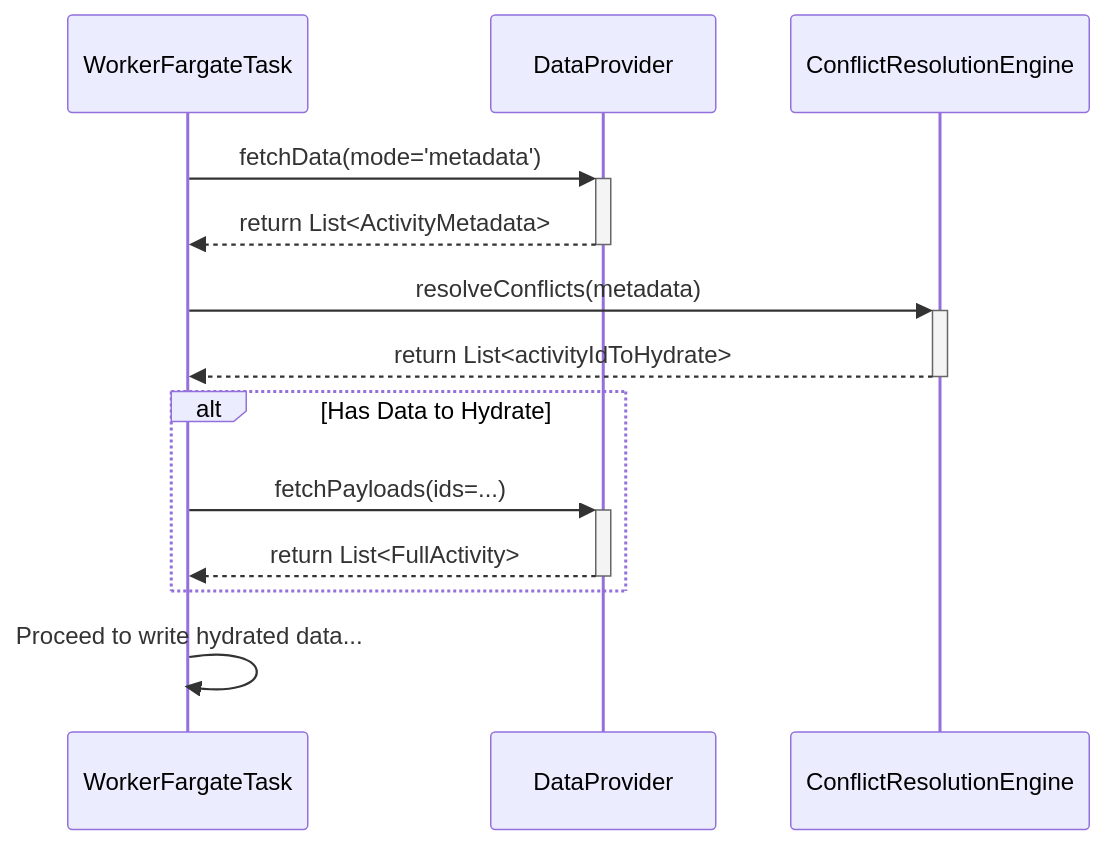
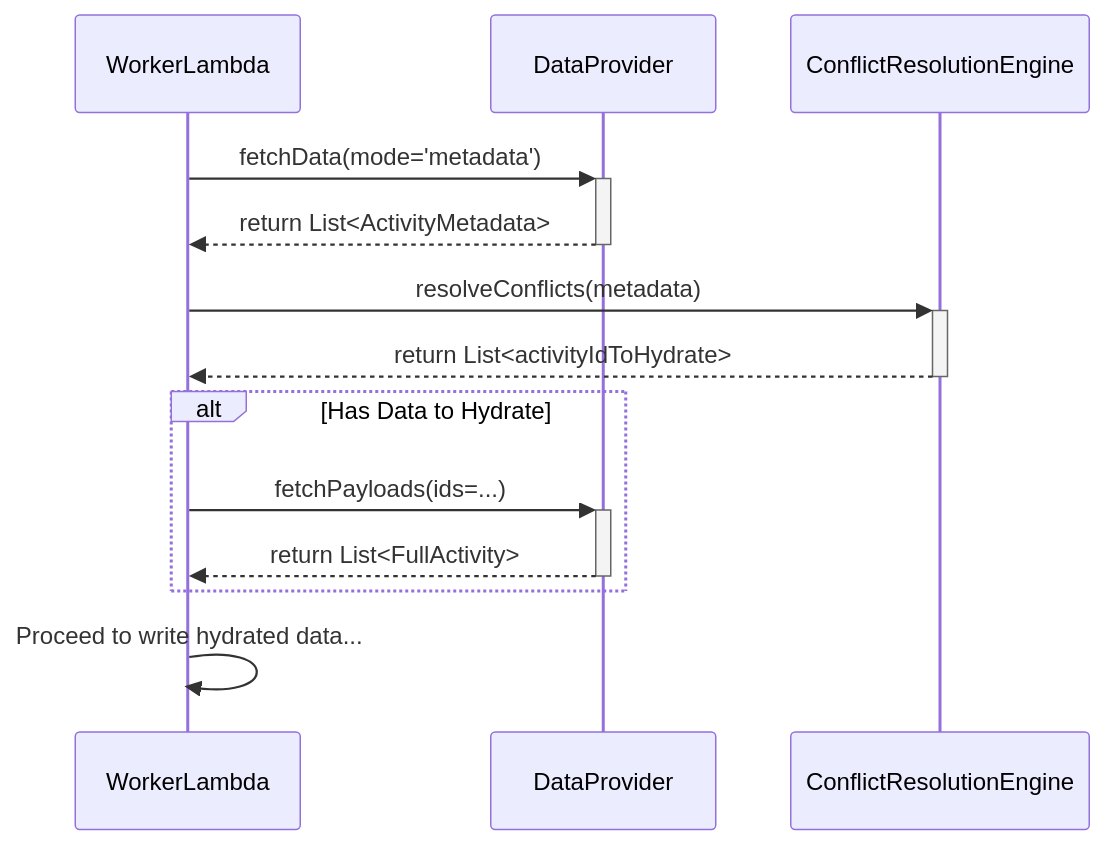
One commit to dino10bit/healthsync changed the second of 11 diagrams in docs/architecture/06-technical-architecture.md. Above: the diagram before and after it, drawn with Mermaid. The commit also changed other lines of this file and 11 other files, not shown here.

````diff
--- a/docs/architecture/06-technical-architecture.md
+++ b/docs/architecture/06-technical-architecture.md
@@ -418,19 +434,19 @@
     ```mermaid
     sequenceDiagram
-        participant Worker as WorkerFargateTask
+        participant Worker as WorkerLambda
         participant Provider as DataProvider
         participant Engine as ConflictResolutionEngine
 
         Worker->>+Provider: fetchData(mode='metadata')
         Provider-->>-Worker: return List<ActivityMetadata>
 
         Worker->>+Engine: resolveConflicts(metadata)
         Engine-->>-Worker: return List<activityIdToHydrate>
 
         alt Has Data to Hydrate
             Worker->>+Provider: fetchPayloads(ids=...)
             Provider-->>-Worker: return List<FullActivity>
         end
 
         Worker->>Worker: Proceed to write hydrated data...
     ```
````
